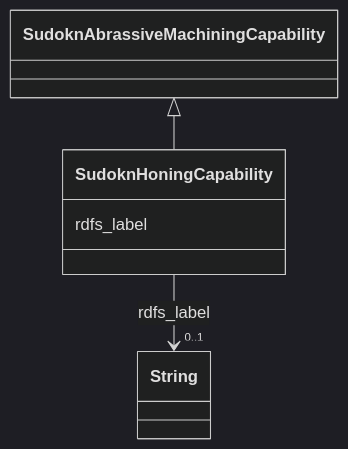
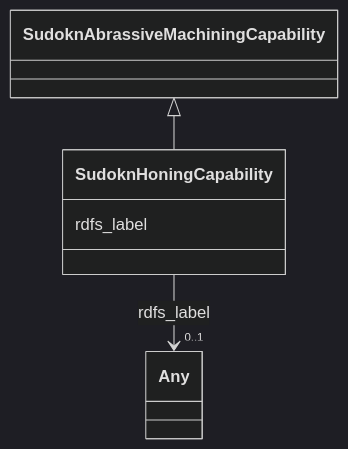
One commit to frink-okn/graph-descriptions changed the diagram in sudokn-kg/classes/SudoknHoningCapability.md. Above: the diagram before and after it, drawn with Mermaid (dark theme). The commit also changed other lines of this file and 903 other files, not shown here.

````diff
--- a/sudokn-kg/classes/SudoknHoningCapability.md
+++ b/sudokn-kg/classes/SudoknHoningCapability.md
@@ -23,18 +18,18 @@
 ```mermaid
  classDiagram
     class SudoknHoningCapability
     click SudoknHoningCapability href "../SudoknHoningCapability"
       SudoknAbrassiveMachiningCapability <|-- SudoknHoningCapability
         click SudoknAbrassiveMachiningCapability href "../SudoknAbrassiveMachiningCapability"
       
       SudoknHoningCapability : rdfs_label
         
           
     
     
-    SudoknHoningCapability --> "0..1" String : rdfs_label
-    click String href "../String"
+    SudoknHoningCapability --> "0..1" Any : rdfs_label
+    click Any href "../Any"
 
         
       
 ```
````
